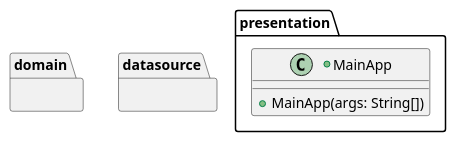
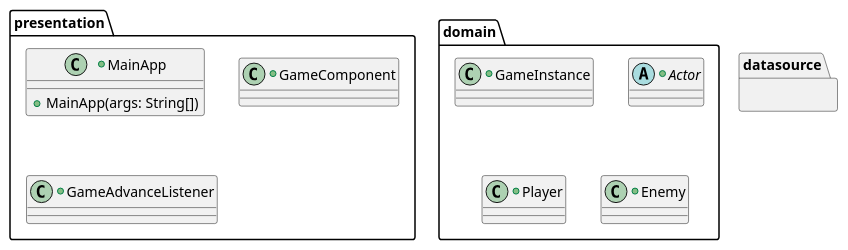
Before and after one commit to rhit-koenigjl/CSSE375-team15: the diagram in new_uml.wsd, drawn with PlantUML.

Commit message:
continued work on design

```diff
--- a/new_uml.wsd
+++ b/new_uml.wsd
@@ -1,17 +1,39 @@
 @startuml Three Layer Design Diagram
 
 package presentation {
     +class MainApp {
         +MainApp(args: String[])
     }
+
+    +class GameComponent {
+
+    }
+
+    +class GameAdvanceListener {
+
+    }
 }
 
 package domain {
+    +class GameInstance {
 
+    }
+
+    +abstract class Actor {
+        
+    }
+
+    +class Player {
+        
+    }
+
+    +class Enemy {
+
+    }
 }
 
 package datasource {
 
 }
 
 @enduml
```
